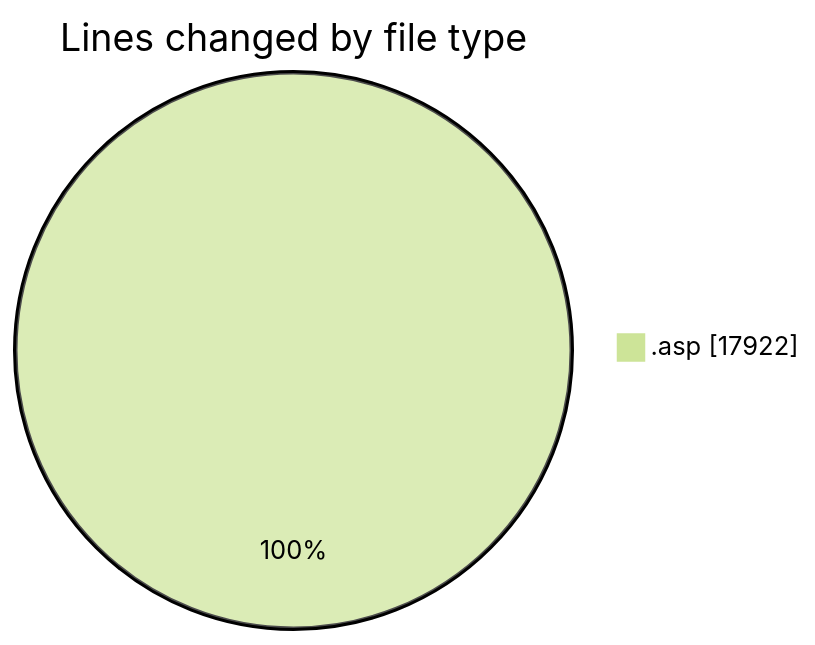
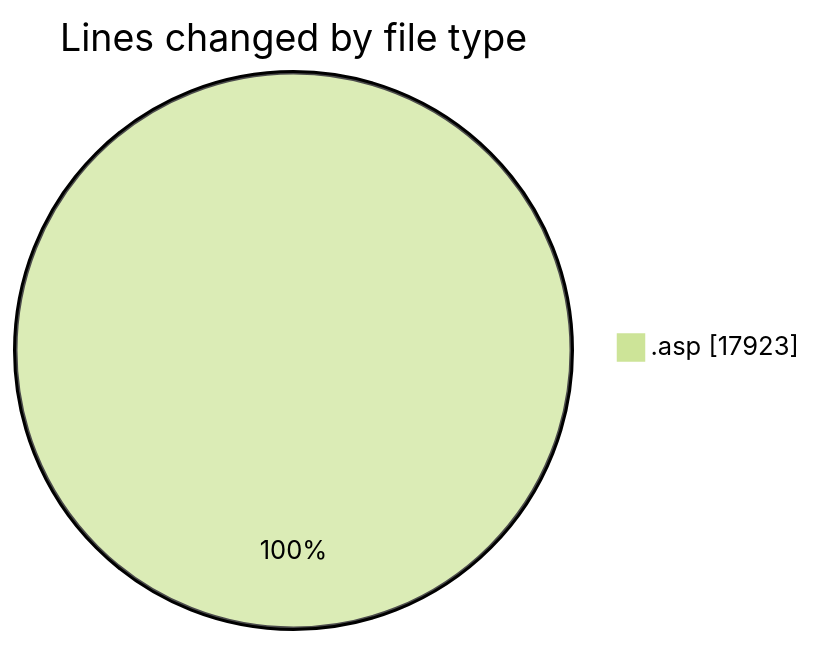
Before and after one commit to julien-gomy/code-tracking: the first of 2 diagrams in 2025-11-01/cdp_aleoudev_fr__workspace_/README.md, drawn with Mermaid (forest theme). The commit also changed other lines of this file and 1 other file, not shown here.

````diff
--- a/2025-11-01/cdp_aleoudev_fr__workspace_/README.md
+++ b/2025-11-01/cdp_aleoudev_fr__workspace_/README.md
@@ -25,5 +25,5 @@
 ```mermaid
 pie showData
 title Lines changed by file type
-".asp" : 17922
+".asp" : 17923
 ```
````
